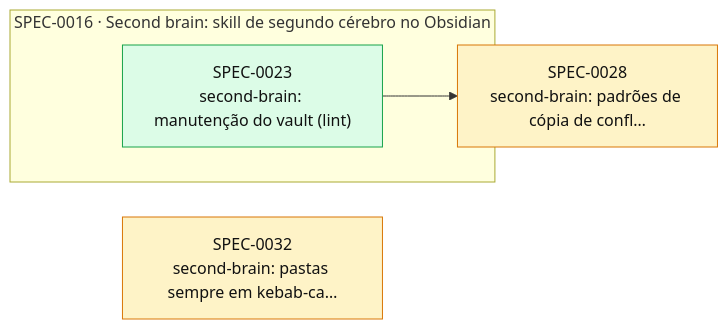
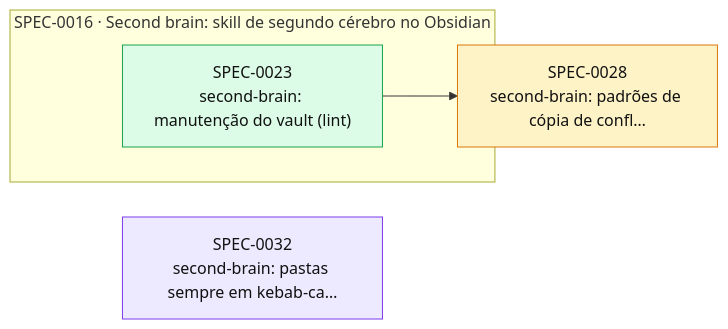
One commit to thomasravache/ai-dev-brain changed the diagram in docs/specs/INDEX.md. Above: the diagram before and after it, drawn with Mermaid. The commit also changed other lines of this file and 1 other file, not shown here.

First line of the commit message:
docs(specs): H1 e plano da SPEC-0032; em execução

````diff
--- a/docs/specs/INDEX.md
+++ b/docs/specs/INDEX.md
@@ -49,14 +49,14 @@
 ```mermaid
 flowchart LR
   S0028["SPEC-0028<br/>second-brain: padrões de cópia de confl…"]:::proposed
-  S0032["SPEC-0032<br/>second-brain: pastas sempre em kebab-ca…"]:::proposed
+  S0032["SPEC-0032<br/>second-brain: pastas sempre em kebab-ca…"]:::inprogress
   subgraph E0016["SPEC-0016 · Second brain: skill de segundo cérebro no Obsidian"]
     S0023["SPEC-0023<br/>second-brain: manutenção do vault (lint)"]:::implemented
   end
   S0023 --> S0028
   classDef proposed fill:#fef3c7,stroke:#d97706,color:#111
   classDef approved fill:#dbeafe,stroke:#2563eb,color:#111
   classDef inprogress fill:#ede9fe,stroke:#7c3aed,color:#111
   classDef implemented fill:#dcfce7,stroke:#16a34a,color:#111
   classDef deprecated fill:#f3f4f6,stroke:#9ca3af,color:#6b7280
 ```
````
